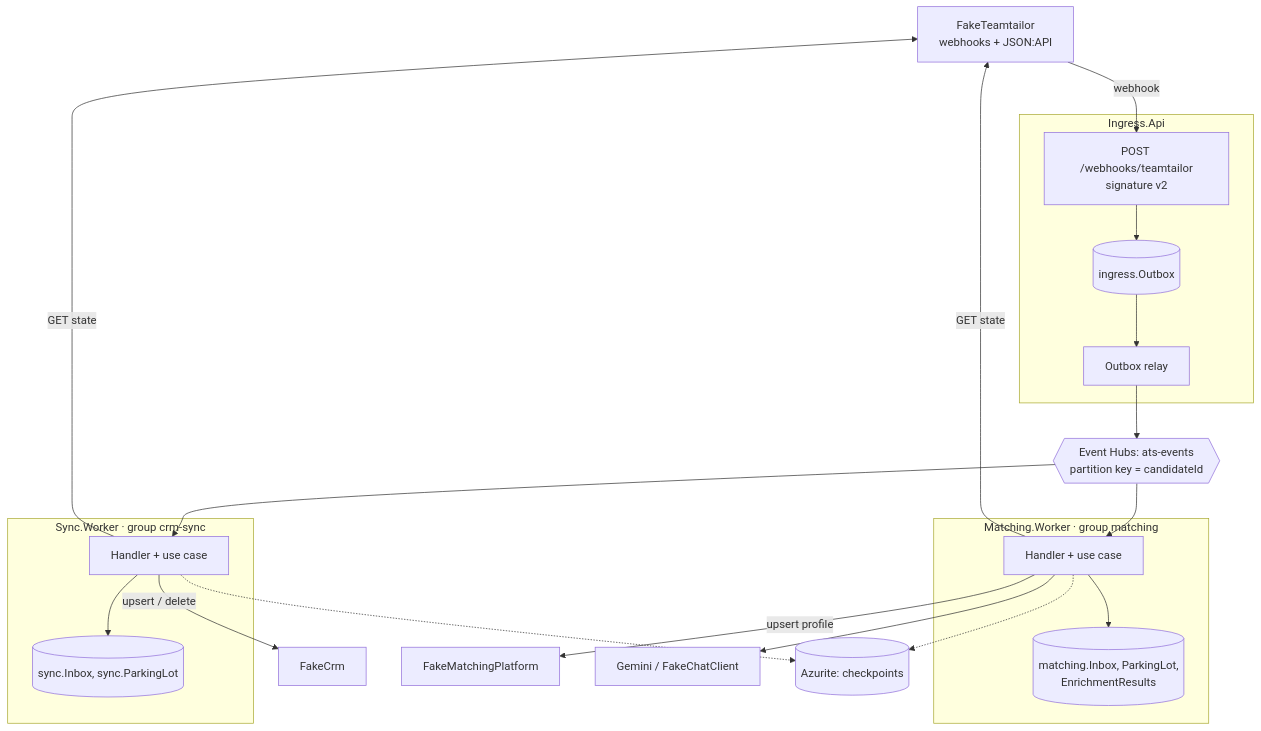
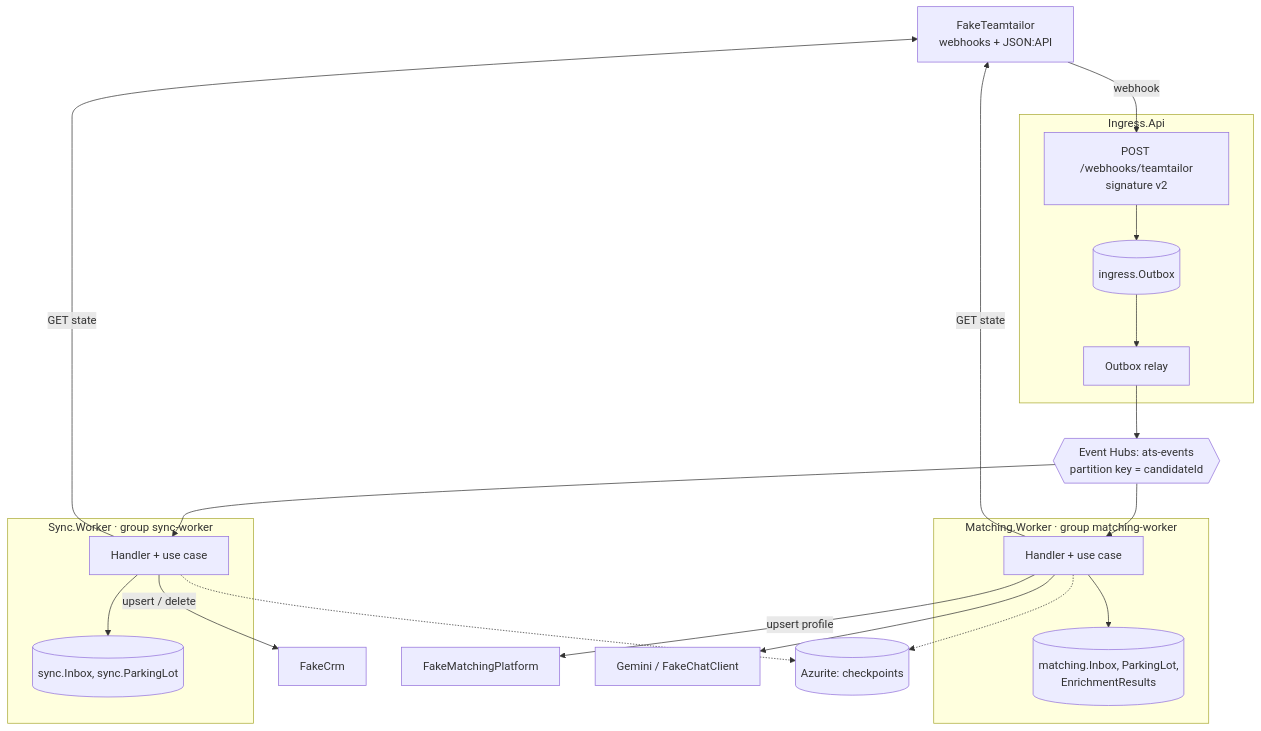
The first of 3 diagrams in docs/diagrams.md (wcislom/TalentSync), drawn with Mermaid before and after one commit. The commit also changed 15 other files, not shown here.

````diff
--- a/docs/diagrams.md
+++ b/docs/diagrams.md
@@ -8,35 +8,35 @@
 ```mermaid
 flowchart TB
   tt["FakeTeamtailor<br/>webhooks + JSON:API"]
   subgraph ing["Ingress.Api"]
     ep["POST /webhooks/teamtailor<br/>signature v2"]
     outbox[("ingress.Outbox")]
     relay["Outbox relay"]
   end
   eh{{"Event Hubs: ats-events<br/>partition key = candidateId"}}
-  subgraph sync["Sync.Worker · group crm-sync"]
+  subgraph sync["Sync.Worker · group sync-worker"]
     sh["Handler + use case"]
     sdb[("sync.Inbox, sync.ParkingLot")]
   end
-  subgraph mat["Matching.Worker · group matching"]
+  subgraph mat["Matching.Worker · group matching-worker"]
     mh["Handler + use case"]
     mdb[("matching.Inbox, ParkingLot,<br/>EnrichmentResults")]
   end
   crm["FakeCrm"]
   mp["FakeMatchingPlatform"]
   llm["Gemini / FakeChatClient"]
   blob[("Azurite: checkpoints")]
 
   tt -->|webhook| ep --> outbox --> relay --> eh
   eh --> sh
   eh --> mh
   sh -->|GET state| tt
   mh -->|GET state| tt
   sh --> sdb
   sh -->|upsert / delete| crm
   mh --> mdb
   mh --> llm
   mh -->|upsert profile| mp
   sh -.-> blob
   mh -.-> blob
 ```
````
